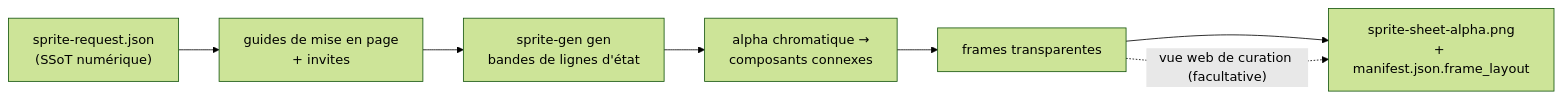
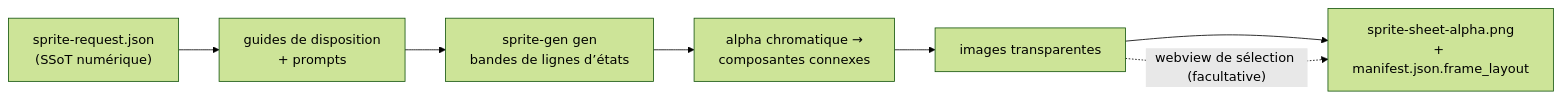
Before and after one commit to aldegad/sprite-gen: the diagram in README.fr.md, drawn with Mermaid (forest theme). The commit also changed other lines of this file and 12 other files, not shown here.

````diff
--- a/README.fr.md
+++ b/README.fr.md
@@ -37,9 +74,9 @@
 ```mermaid
 flowchart LR
-    REQ["sprite-request.json<br/>(SSoT numérique)"] --> GUIDES["guides de mise en page<br/>+ invites"]
-    GUIDES --> GEN["sprite-gen gen<br/>bandes de lignes d'état"]
-    GEN --> EXTRACT["alpha chromatique →<br/>composants connexes"]
-    EXTRACT --> FRAMES["frames transparentes"]
+    REQ["sprite-request.json<br/>(SSoT numérique)"] --> GUIDES["guides de disposition<br/>+ prompts"]
+    GUIDES --> GEN["sprite-gen gen<br/>bandes de lignes d’états"]
+    GEN --> EXTRACT["alpha chromatique →<br/>composantes connexes"]
+    EXTRACT --> FRAMES["images transparentes"]
     FRAMES --> ATLAS["sprite-sheet-alpha.png<br/>+ manifest.json.frame_layout"]
-    FRAMES -. "vue web de curation (facultative)" .-> ATLAS
+    FRAMES -. "webview de sélection (facultative)" .-> ATLAS
 ```
````
